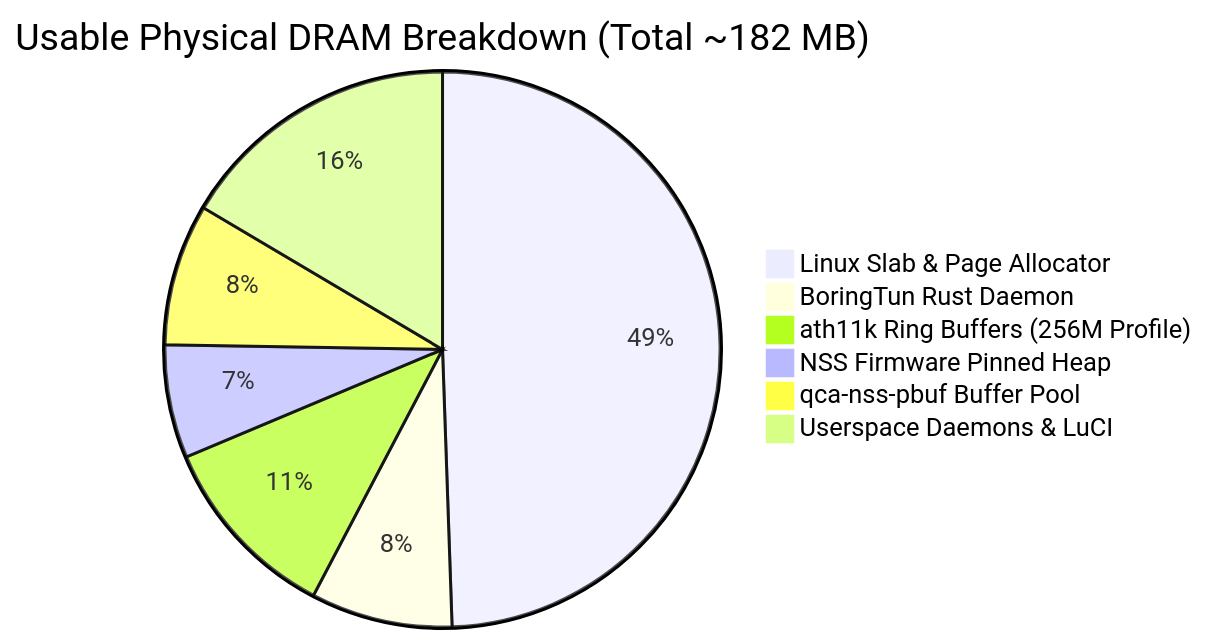
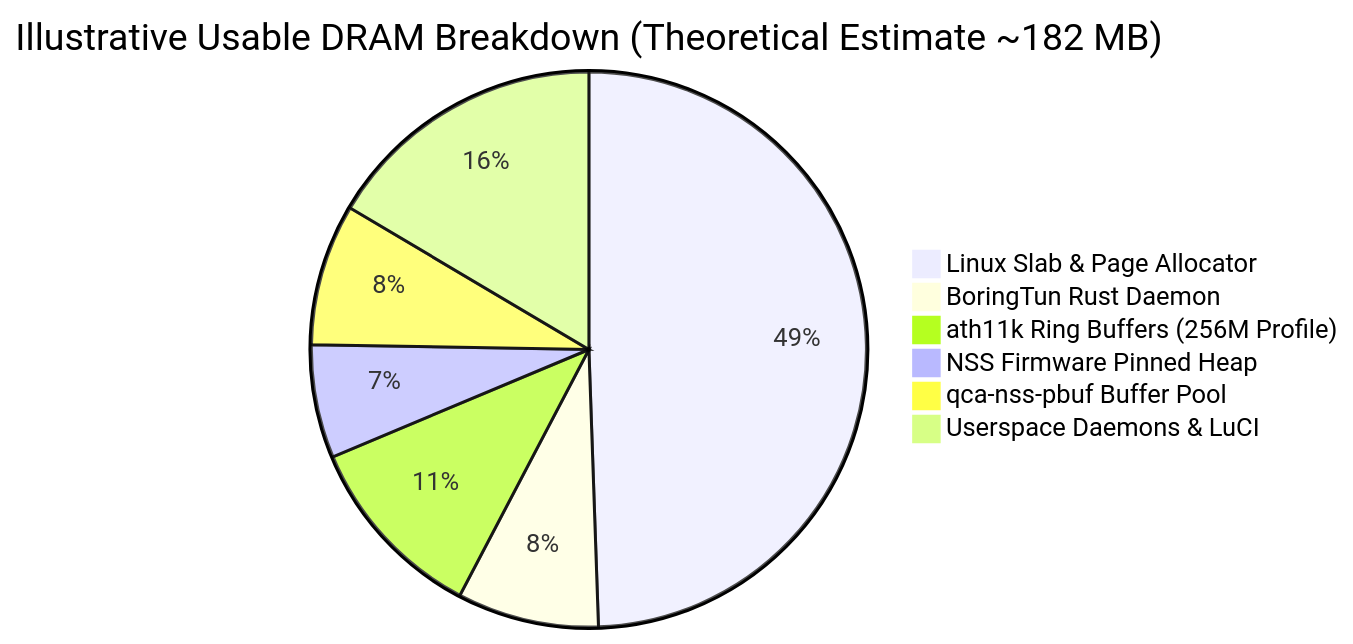
The second of 2 diagrams in docs/NSS_INTEGRATION_DESIGN.md (KiritoMainBro88/CR8808-CUSTOM-FIRMWARE), drawn with Mermaid before and after one commit. The commit also changed other lines of this file and 8 other files, not shown here.

````diff
--- a/docs/NSS_INTEGRATION_DESIGN.md
+++ b/docs/NSS_INTEGRATION_DESIGN.md
@@ -119,9 +122,9 @@
 ```mermaid
-pie title Usable Physical DRAM Breakdown (Total ~182 MB)
+pie title Illustrative Usable DRAM Breakdown (Theoretical Estimate ~182 MB)
     "Linux Slab & Page Allocator" : 90
     "BoringTun Rust Daemon" : 15
     "ath11k Ring Buffers (256M Profile)" : 20
     "NSS Firmware Pinned Heap" : 12
     "qca-nss-pbuf Buffer Pool" : 15
     "Userspace Daemons & LuCI" : 30
 ```
````
